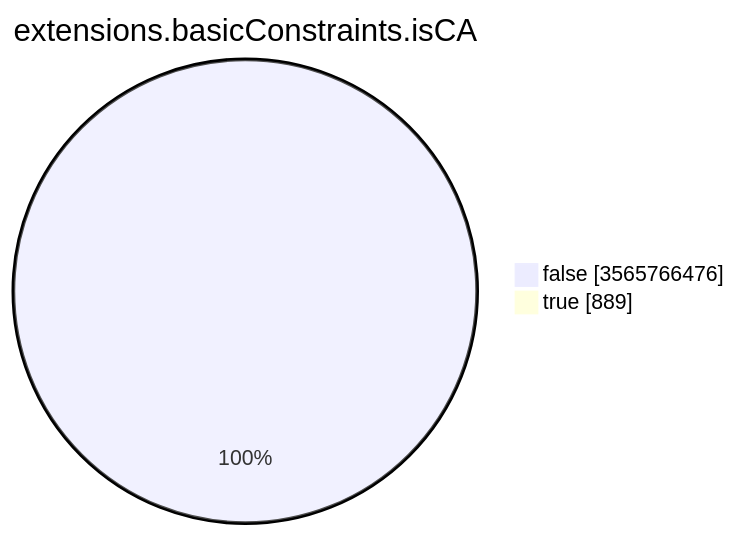
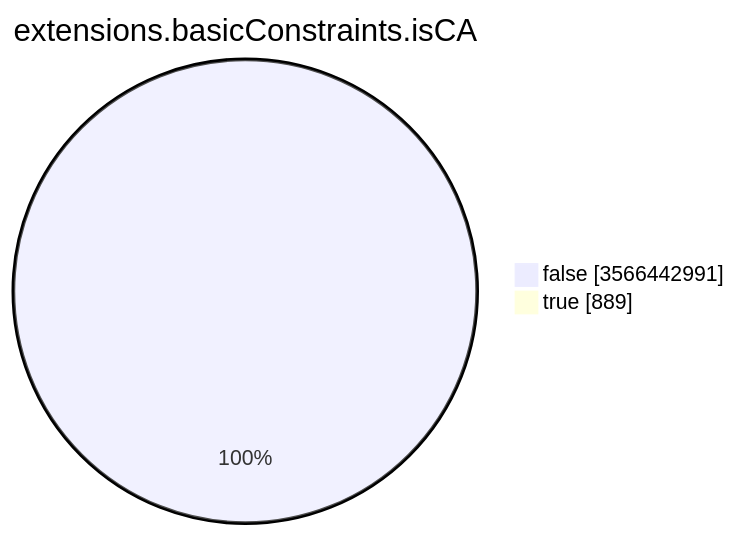
The seventh of 15 diagrams in TOTAL/README.md (christiankrug/ctmonitor_visualization), drawn with Mermaid before and after one commit. The commit also changed other lines of this file, not shown here.

````diff
--- a/TOTAL/README.md
+++ b/TOTAL/README.md
@@ -3094,6 +3094,6 @@
 ```mermaid
 pie showData
 title extensions.basicConstraints.isCA
-"false" :3565766476
+"false" :3566442991
 "true" :889
 ```
````
